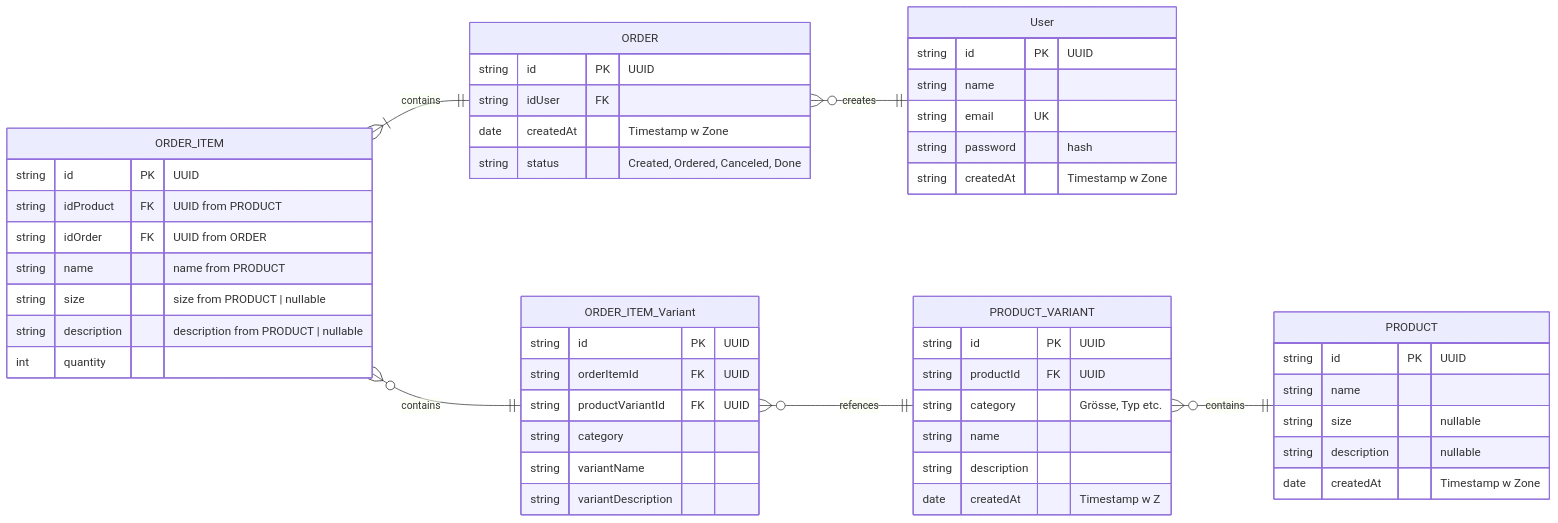
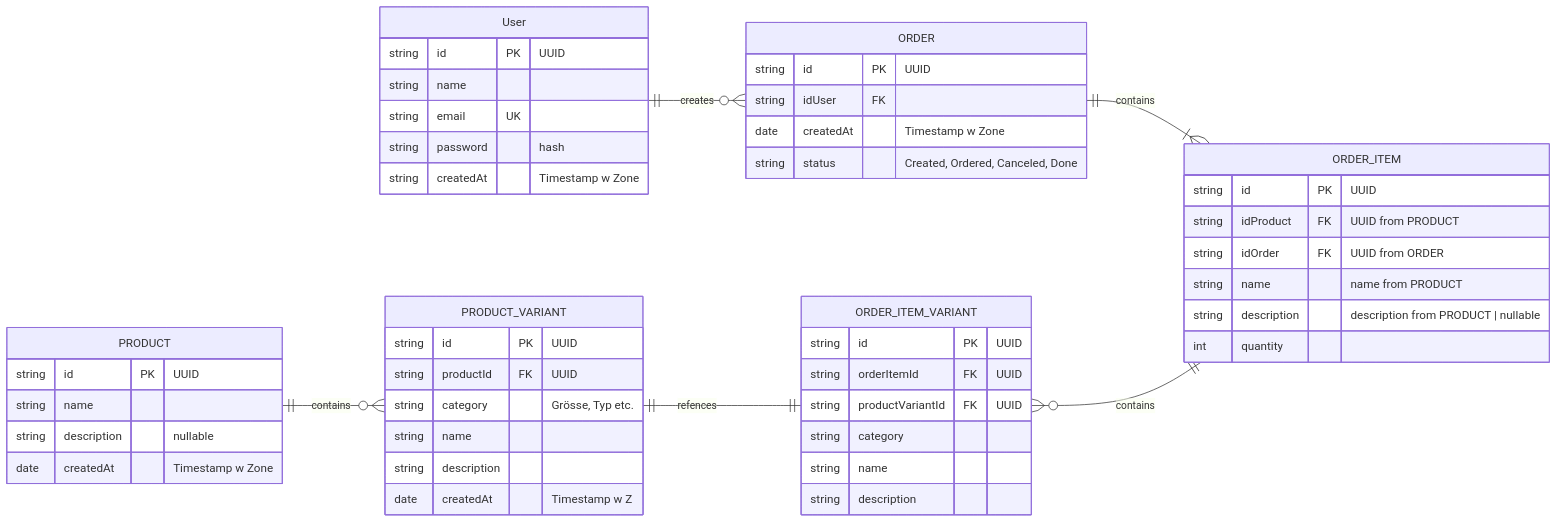
The diagram in README.md (Tiffinger-Thiel-GmbH/Merch-Shop), drawn with Mermaid before and after one commit.

Commit message:
docs: :memo: replace wrong arrows and remove variant

````diff
--- a/README.md
+++ b/README.md
@@ -23,54 +23,52 @@
 ```mermaid
 erDiagram
-    direction RL
-    User ||--o{ ORDER : creates
-    ORDER ||--}| ORDER_ITEM : contains
-    PRODUCT ||--o{ PRODUCT_VARIANT  : contains
-    PRODUCT_VARIANT ||--o{ ORDER_ITEM_Variant : refences
-    ORDER_ITEM_Variant ||--o{ ORDER_ITEM : contains
+    direction LR
+    User 1 to many ORDER : creates
+    ORDER 1 to one or many ORDER_ITEM : contains
+    PRODUCT 1 to zero or many PRODUCT_VARIANT  : contains
+    PRODUCT_VARIANT 1 to 1 ORDER_ITEM_VARIANT : refences
+    ORDER_ITEM_VARIANT zero or many to 1 ORDER_ITEM : contains
     User {
         string id PK "UUID"
         string name
         string email UK
         string password "hash"
         string createdAt "Timestamp w Zone"
     }
     ORDER {
         string id PK "UUID"
         string idUser FK
         date createdAt  "Timestamp w Zone"
         string status  "Created, Ordered, Canceled, Done"
     }
     PRODUCT {
         string id PK "UUID"
         string name
-        string size "nullable"
         string description "nullable"
         date   createdAt "Timestamp w Zone"
     }
     ORDER_ITEM {
         string id PK "UUID"
         string idProduct FK "UUID from PRODUCT"
         string idOrder FK "UUID from ORDER"
         string name  "name from PRODUCT"
-        string size  "size from PRODUCT | nullable"
         string description "description from PRODUCT | nullable"
         int quantity
     }
     PRODUCT_VARIANT {
         string id PK "UUID"
         string productId FK "UUID"
         string category "Grösse, Typ etc."
         string name
         string description
         date createdAt "Timestamp w Z"
     }
-    ORDER_ITEM_Variant {
+    ORDER_ITEM_VARIANT {
         string id PK "UUID"
         string orderItemId FK "UUID"
         string productVariantId FK "UUID"
         string category
-        string variantName
-        string variantDescription
+        string name
+        string description
     }
 ```
````
